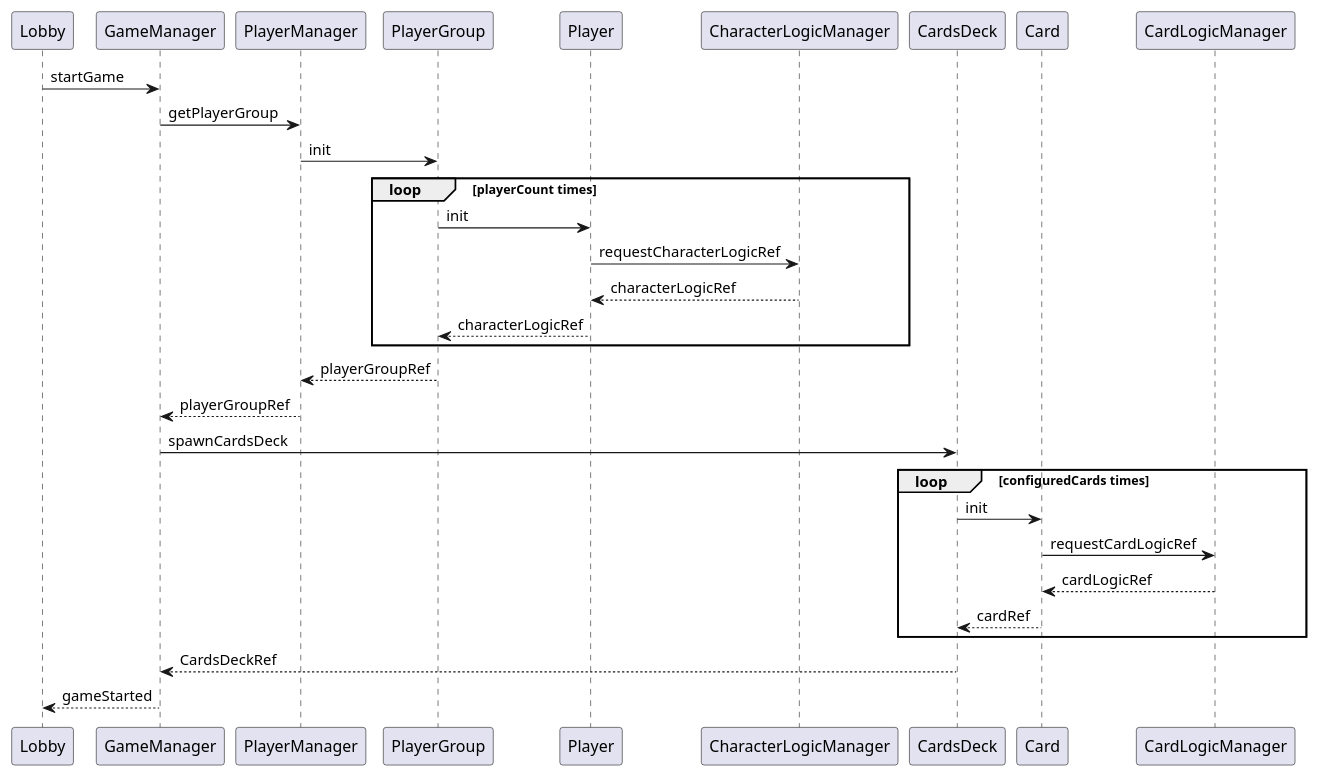
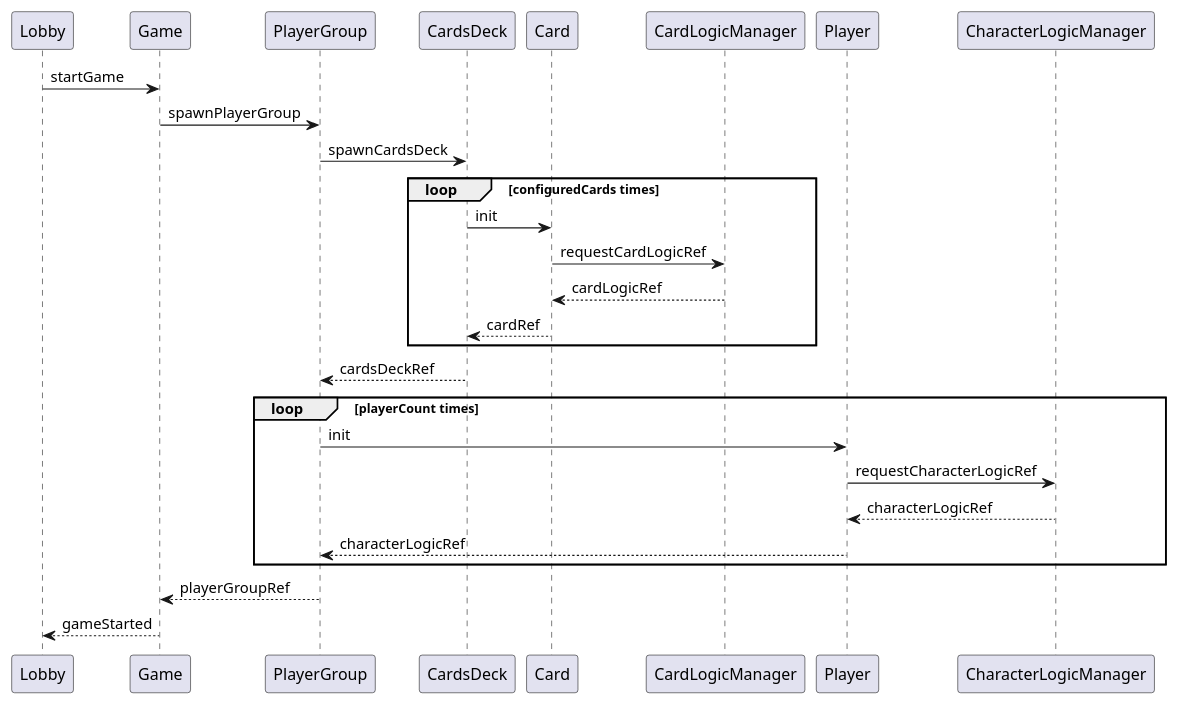
One commit to ondramastik/Bang-online changed the diagram in design/uml/sequence-diagram/game-initialization-sequence.puml. Above: the diagram before and after it, drawn with PlantUML. The commit also changed 10 other files, not shown here.

Commit message:
Update actor model, remove unnecessary actors, update game intialization sequence diagram

```diff
--- a/design/uml/sequence-diagram/game-initialization-sequence.puml
+++ b/design/uml/sequence-diagram/game-initialization-sequence.puml
@@ -1,36 +1,33 @@
 @startuml
-Lobby -> GameManager : startGame
+Lobby -> Game : startGame
 
-GameManager -> PlayerManager : getPlayerGroup
+Game -> PlayerGroup : spawnPlayerGroup
 
-PlayerManager -> PlayerGroup : init
+PlayerGroup -> CardsDeck : spawnCardsDeck
+
+loop configuredCards times
+    CardsDeck -> Card : init
+
+    Card -> CardLogicManager: requestCardLogicRef
+    return cardLogicRef
+
+    Card --> CardsDeck : cardRef
+end
+
+CardsDeck --> PlayerGroup: cardsDeckRef
+
 
 loop playerCount times
     PlayerGroup -> Player : init
 
     Player -> CharacterLogicManager: requestCharacterLogicRef
     return characterLogicRef
 
     Player --> PlayerGroup : characterLogicRef
 end
 
-PlayerGroup --> PlayerManager: playerGroupRef
+PlayerGroup --> Game: playerGroupRef
 
-PlayerManager --> GameManager: playerGroupRef
-
-GameManager -> CardsDeck : spawnCardsDeck
-
-loop configuredCards times
-    CardsDeck -> Card : init
-
-    Card -> CardLogicManager: requestCardLogicRef
-    return cardLogicRef
-
-    Card --> CardsDeck : cardRef
-end
-
-CardsDeck --> GameManager: CardsDeckRef
-
-GameManager --> Lobby : gameStarted
+Game --> Lobby : gameStarted
 
 @enduml
```
